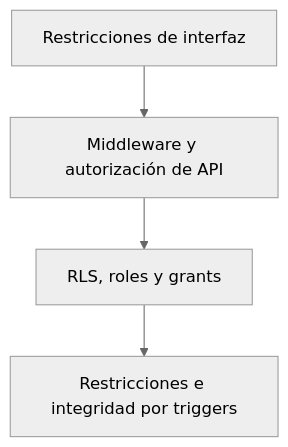
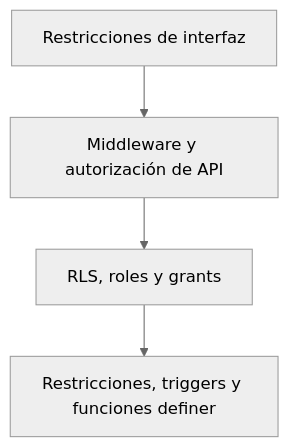
The diagram in docs/SECURITY_AND_ABUSE.md (iamroymadelva/reporte-produccion), drawn with Mermaid (neutral theme) before and after one commit. The commit also changed other lines of this file and 19 other files, not shown here.

````diff
--- a/docs/SECURITY_AND_ABUSE.md
+++ b/docs/SECURITY_AND_ABUSE.md
@@ -33,6 +47,6 @@
 ```mermaid
 flowchart TD
     UI[Restricciones de interfaz] --> MW[Middleware y autorización de API]
     MW --> RLS[RLS, roles y grants]
-    RLS --> DB[Restricciones e integridad por triggers]
+    RLS --> DB[Restricciones, triggers y funciones definer]
 ```
````
